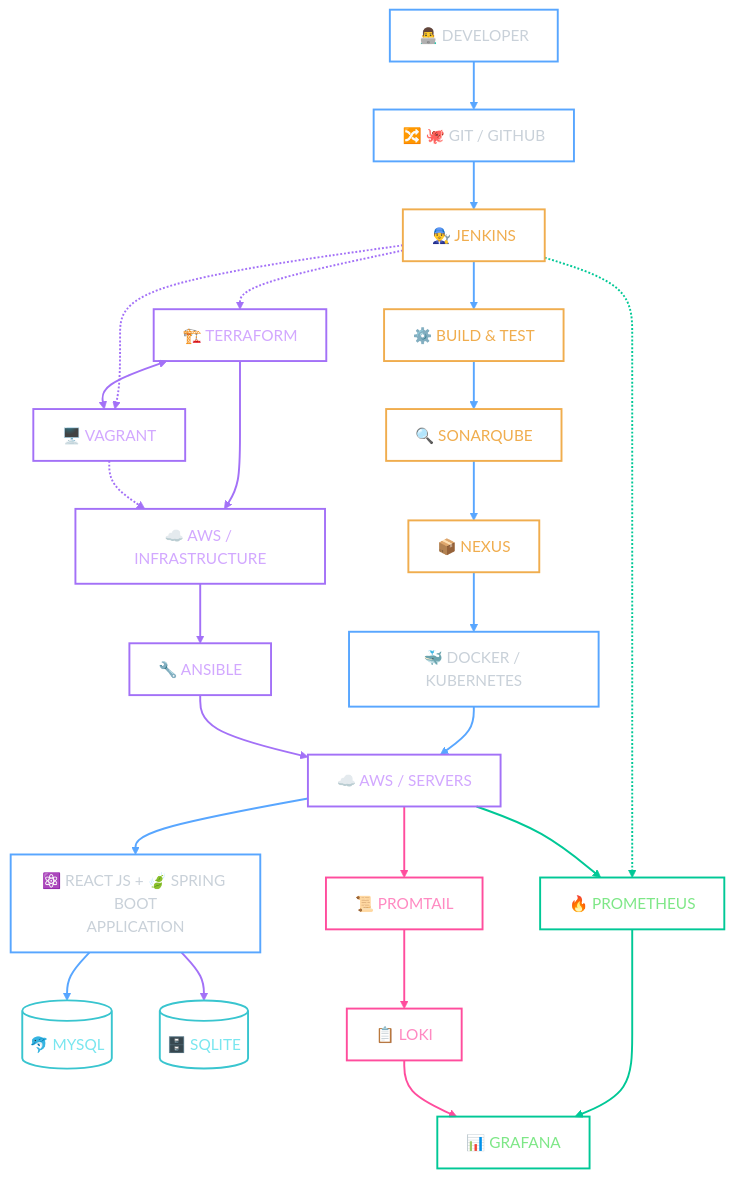
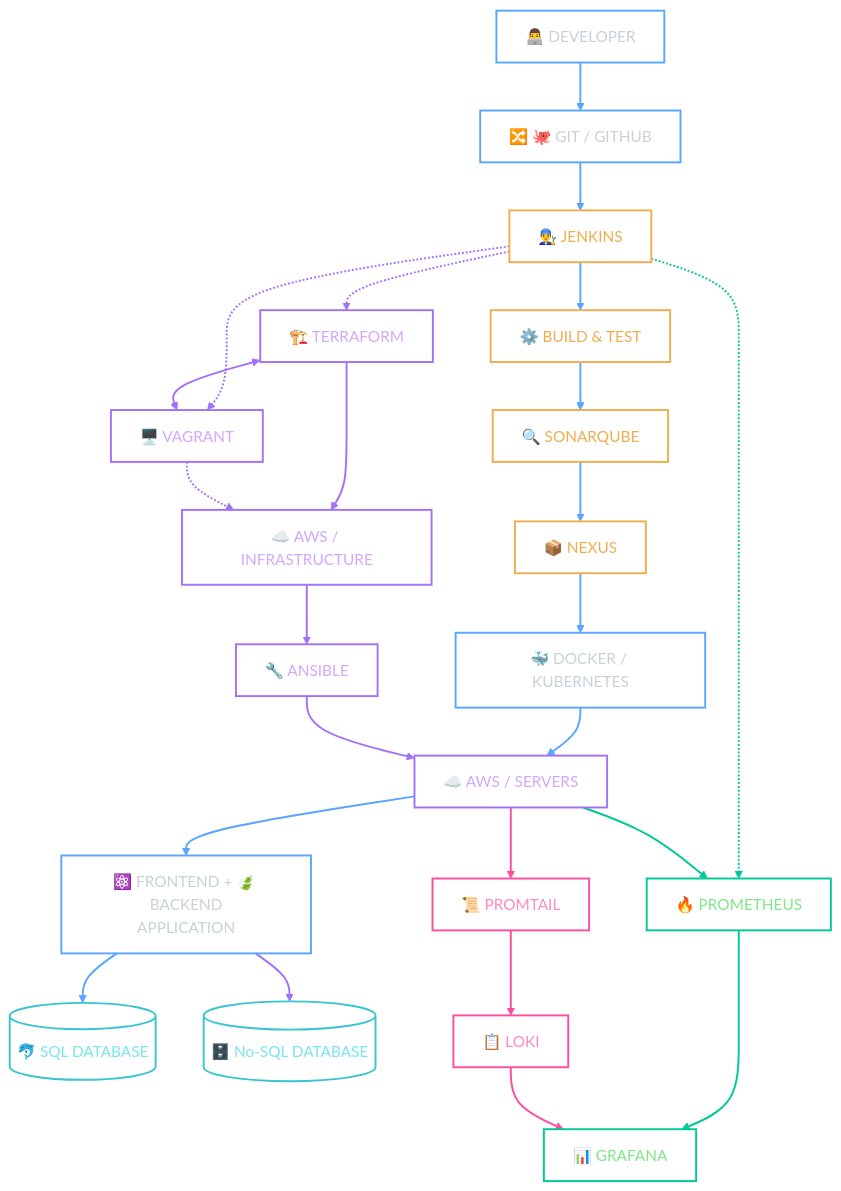
Before and after one commit to CodesBy-Bhuwan/CodesBy-Bhuwan: the diagram in README.md, drawn with Mermaid.

Commit message:
Update application and database descriptions in README

````diff
--- a/README.md
+++ b/README.md
@@ -95,64 +95,64 @@
 ```mermaid
 flowchart TD
     DEV["👨‍💻 DEVELOPER"]
     GIT["🔀 🐙 GIT / GITHUB"]
     JENKINS["👨‍🔧 JENKINS"]
     BUILD["⚙️ BUILD & TEST"]
     SONAR["🔍 SONARQUBE"]
     NEXUS["📦 NEXUS"]
     DOCKER["🐳 DOCKER / KUBERNETES"]
     AWS["☁️ AWS / SERVERS"]
-    APP["⚛️ REACT JS + 🍃 SPRING BOOT<br/>APPLICATION"]
-    MYSQL[("🐬 MYSQL")]
-    SQLITE[("🗄️ SQLITE")]
+    APP["⚛️ FRONTEND + 🍃 BACKEND<br/>APPLICATION"]
+    MYSQL[("🐬 SQL DATABASE")]
+    SQLITE[("🗄️ No-SQL DATABASE")]
 
     TF["🏗️ TERRAFORM"]
     VAGRANT["🖥️ VAGRANT"]
     INFRA["☁️ AWS / INFRASTRUCTURE"]
     ANSIBLE["🔧 ANSIBLE"]
 
     PROM["🔥 PROMETHEUS"]
     GRAFANA["📊 GRAFANA"]
     PROMTAIL["📜 PROMTAIL"]
     LOKI["📋 LOKI"]
 
     DEV --> GIT --> JENKINS
     JENKINS --> BUILD --> SONAR --> NEXUS --> DOCKER --> AWS --> APP
     APP --> MYSQL
     APP --> SQLITE
 
     JENKINS -.-> TF
     JENKINS -.-> VAGRANT
     TF <--> VAGRANT
     TF --> INFRA
     VAGRANT -.-> INFRA
     INFRA --> ANSIBLE
     ANSIBLE --> AWS
 
     JENKINS -.-> PROM
     AWS --> PROM
     PROM --> GRAFANA
 
     AWS --> PROMTAIL
     PROMTAIL --> LOKI
     LOKI --> GRAFANA
 
     classDef main fill:transparent,stroke:#58a6ff,color:#c9d1d9,stroke-width:2px
     classDef ci fill:transparent,stroke:#f0ad4e,color:#f0ad4e,stroke-width:2px
     classDef infra fill:transparent,stroke:#a371f7,color:#d2a8ff,stroke-width:2px
     classDef monitoring fill:transparent,stroke:#00c896,color:#7ee787,stroke-width:2px
     classDef logging fill:transparent,stroke:#ff4d9d,color:#ff8ac2,stroke-width:2px
     classDef database fill:transparent,stroke:#39c5cf,color:#79e6ef,stroke-width:2px
 
     class DEV,GIT,APP,DOCKER main
     class JENKINS,BUILD,SONAR,NEXUS ci
     class TF,VAGRANT,INFRA,ANSIBLE,AWS infra
     class PROM,GRAFANA monitoring
     class PROMTAIL,LOKI logging
     class MYSQL,SQLITE database
 
     linkStyle 0,1,2,3,4,5,6,7,8 stroke:#58a6ff,stroke-width:2px
     linkStyle 9,10,11,12,13,14,15,16 stroke:#a371f7,stroke-width:2px
     linkStyle 17,18,19 stroke:#00c896,stroke-width:2px
     linkStyle 20,21,22 stroke:#ff4d9d,stroke-width:2px
 ```
````
